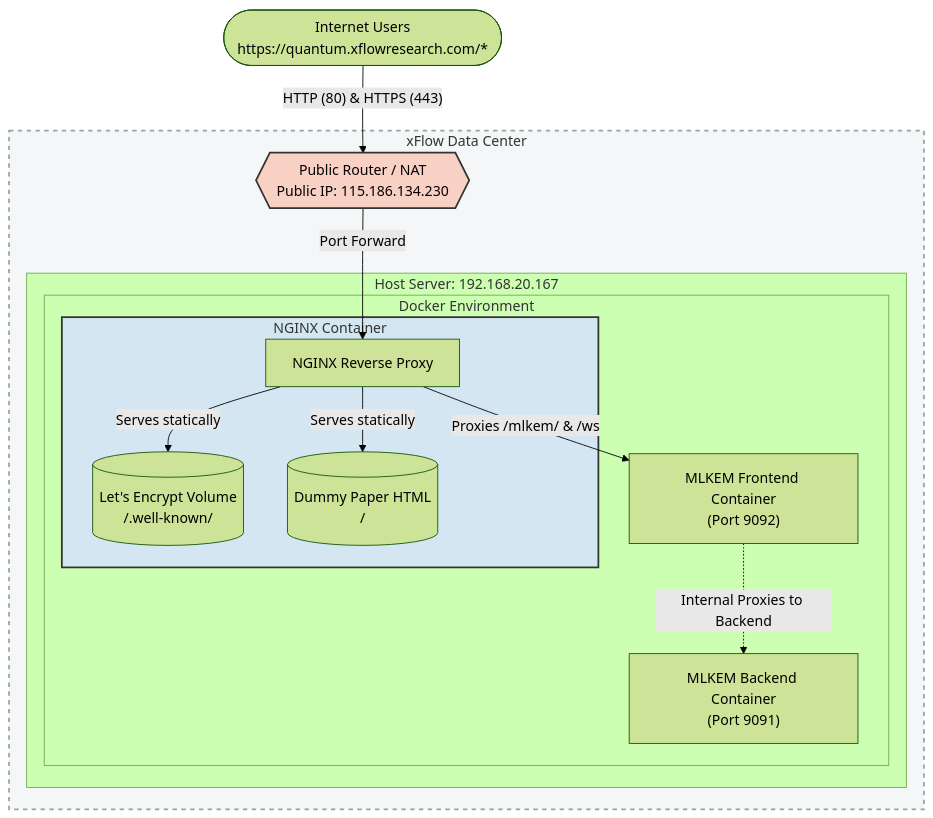
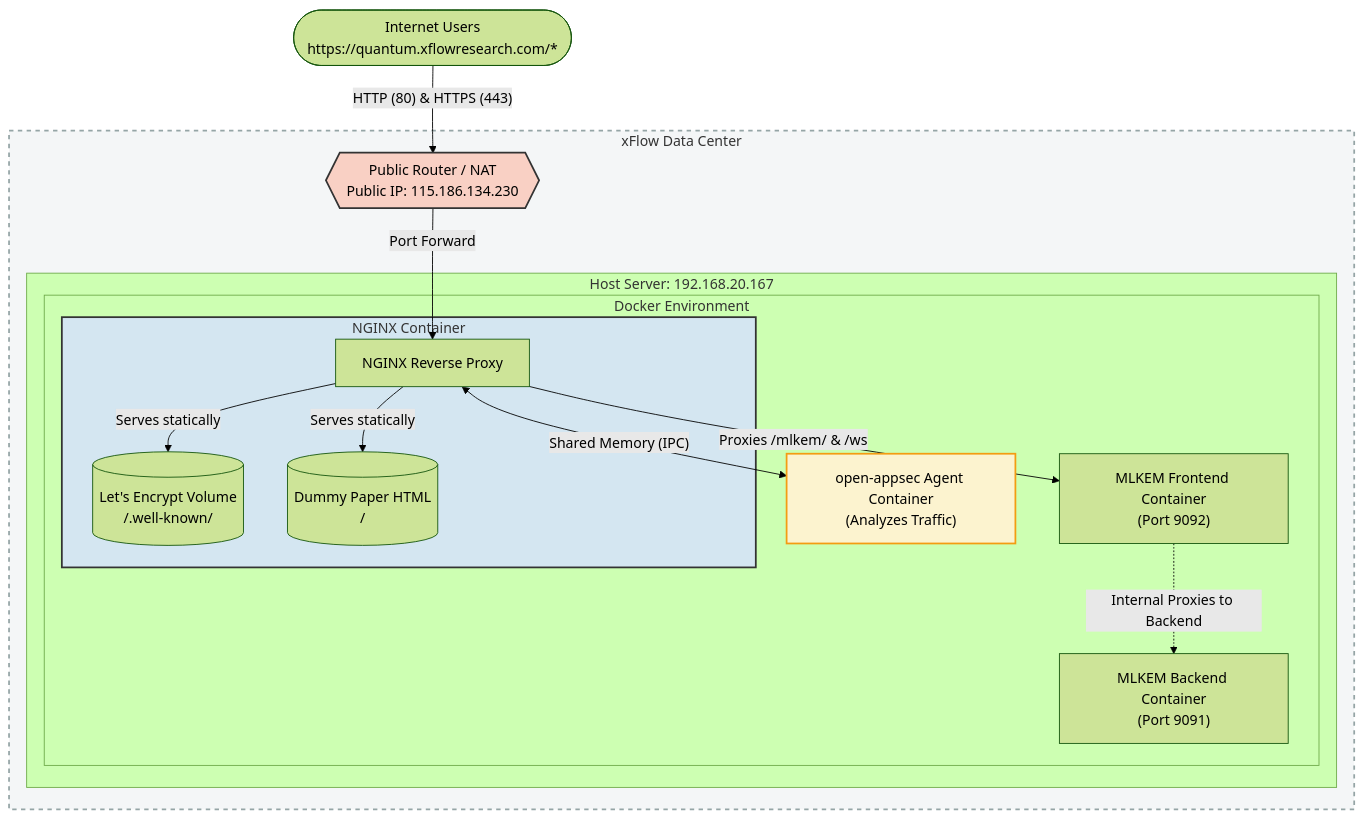
One commit to xFlowInternal/quantum changed the second of 4 diagrams in quantum-website-conf/README.md. Above: the diagram before and after it, drawn with Mermaid (forest theme). The commit also changed other lines of this file, not shown here.

````diff
--- a/quantum-website-conf/README.md
+++ b/quantum-website-conf/README.md
@@ -57,38 +61,43 @@
 ```mermaid
 flowchart TD
     %% External Nodes
     Users([Internet Users<br>https://quantum.xflowresearch.com/*])
     
     subgraph XFlow [xFlow Data Center]
         Router{{Public Router / NAT<br>Public IP: 115.186.134.230}}
 
         subgraph Server [Host Server: 192.168.20.167]
             subgraph Docker [Docker Environment]
                 
                 subgraph NGINX_Cont [NGINX Container]
                     NGINX["NGINX Reverse Proxy"]
                     LE_Static[("Let's Encrypt Volume<br>/.well-known/")]
                     Paper_Static[("Dummy Paper HTML<br>/")]
                 end
                 
+                WAF_Agent["open-appsec Agent Container<br>(Analyzes Traffic)"]
+                
                 FE["MLKEM Frontend Container<br>(Port 9092)"]
                 BE["MLKEM Backend Container<br>(Port 9091)"]
             end
         end
     end
 
     %% Connections
     Users -- "HTTP (80) & HTTPS (443)" --> Router
     Router -- "Port Forward" --> NGINX
     
+    NGINX <--"Shared Memory (IPC)"--> WAF_Agent
+    
     NGINX -- "Serves statically" --> LE_Static
     NGINX -- "Serves statically" --> Paper_Static
     
     NGINX -- "Proxies /mlkem/ & /ws" --> FE
     FE -. "Internal Proxies to Backend" .-> BE
 
     %% Optional Styling
     style Router fill:#f9d0c4,stroke:#333,stroke-width:2px
     style NGINX_Cont fill:#d4e6f1,stroke:#333,stroke-width:2px
+    style WAF_Agent fill:#fcf3cf,stroke:#f39c12,stroke-width:2px
     style XFlow fill:#f4f6f7,stroke:#95a5a6,stroke-width:2px,stroke-dasharray: 5 5
 ```
````
